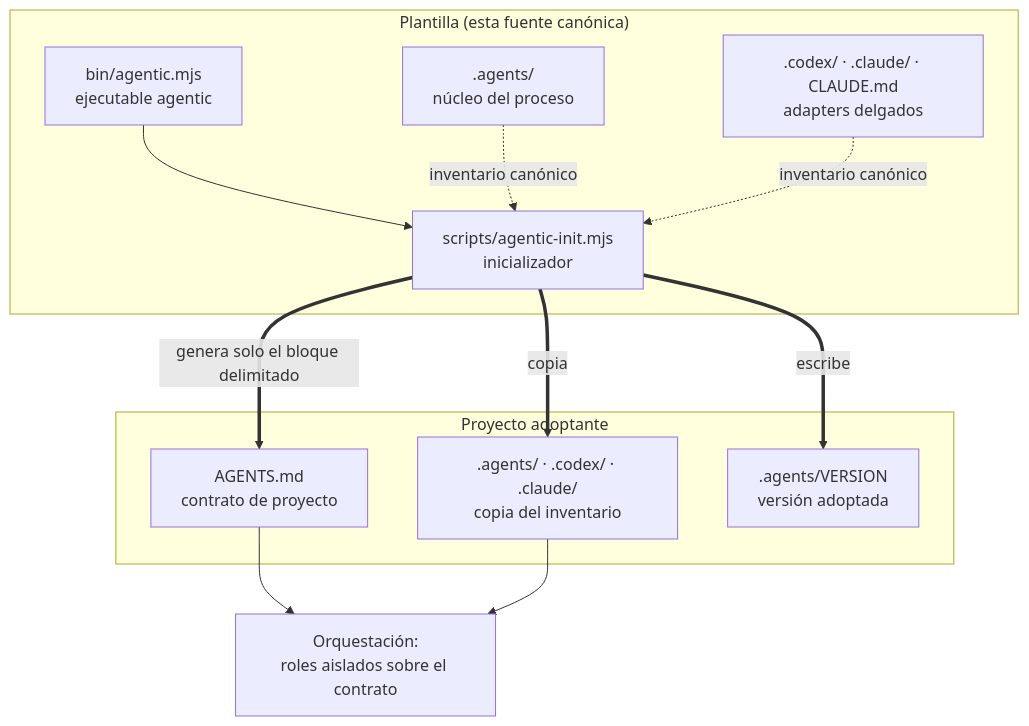
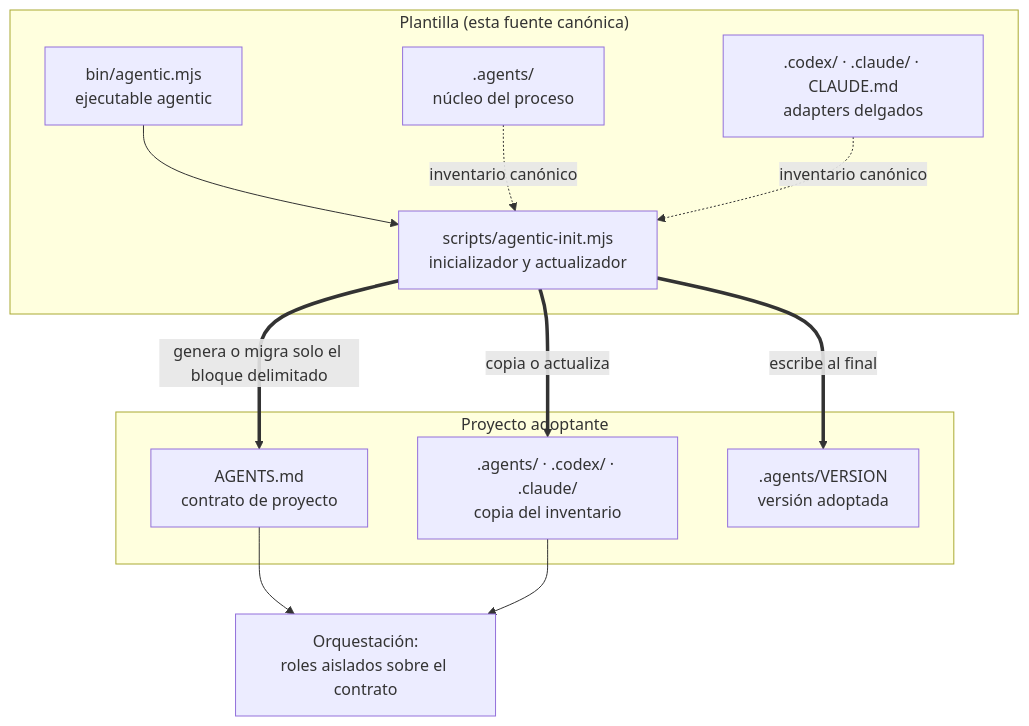
Before and after one commit to KroxiDev/agentic-layer: the first of 4 diagrams in docs/arquitectura.md, drawn with Mermaid. The commit also changed other lines of this file and 8 other files, not shown here.

````diff
--- a/docs/arquitectura.md
+++ b/docs/arquitectura.md
@@ -17,25 +17,25 @@
 ```mermaid
 flowchart TB
     subgraph plantilla["Plantilla (esta fuente canónica)"]
         nucleo[".agents/<br/>núcleo del proceso"]
         adapters[".codex/ · .claude/ · CLAUDE.md<br/>adapters delgados"]
-        init["scripts/agentic-init.mjs<br/>inicializador"]
+        init["scripts/agentic-init.mjs<br/>inicializador y actualizador"]
         bin["bin/agentic.mjs<br/>ejecutable agentic"]
         bin --> init
     end
 
     subgraph destino["Proyecto adoptante"]
         copia[".agents/ · .codex/ · .claude/<br/>copia del inventario"]
         contrato["AGENTS.md<br/>contrato de proyecto"]
         version[".agents/VERSION<br/>versión adoptada"]
     end
 
     nucleo -.->|inventario canónico| init
     adapters -.->|inventario canónico| init
-    init ==>|copia| copia
-    init ==>|genera solo el bloque delimitado| contrato
-    init ==>|escribe| version
+    init ==>|copia o actualiza| copia
+    init ==>|genera o migra solo el bloque delimitado| contrato
+    init ==>|escribe al final| version
 
     contrato --> orquesta["Orquestación:<br/>roles aislados sobre el contrato"]
     copia --> orquesta
 ```
````
